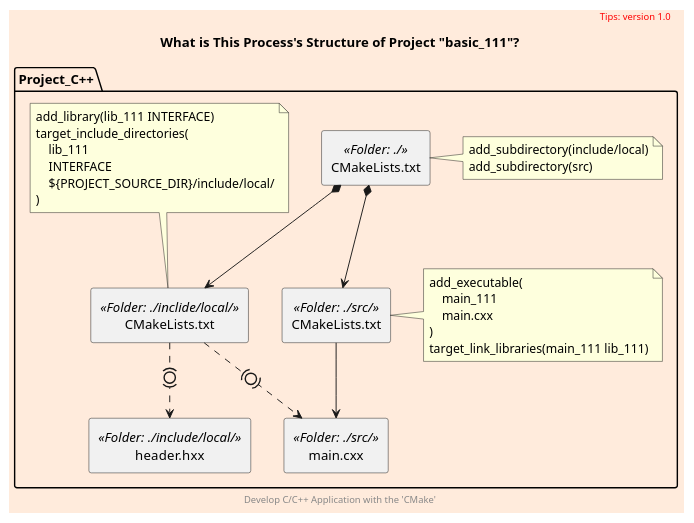
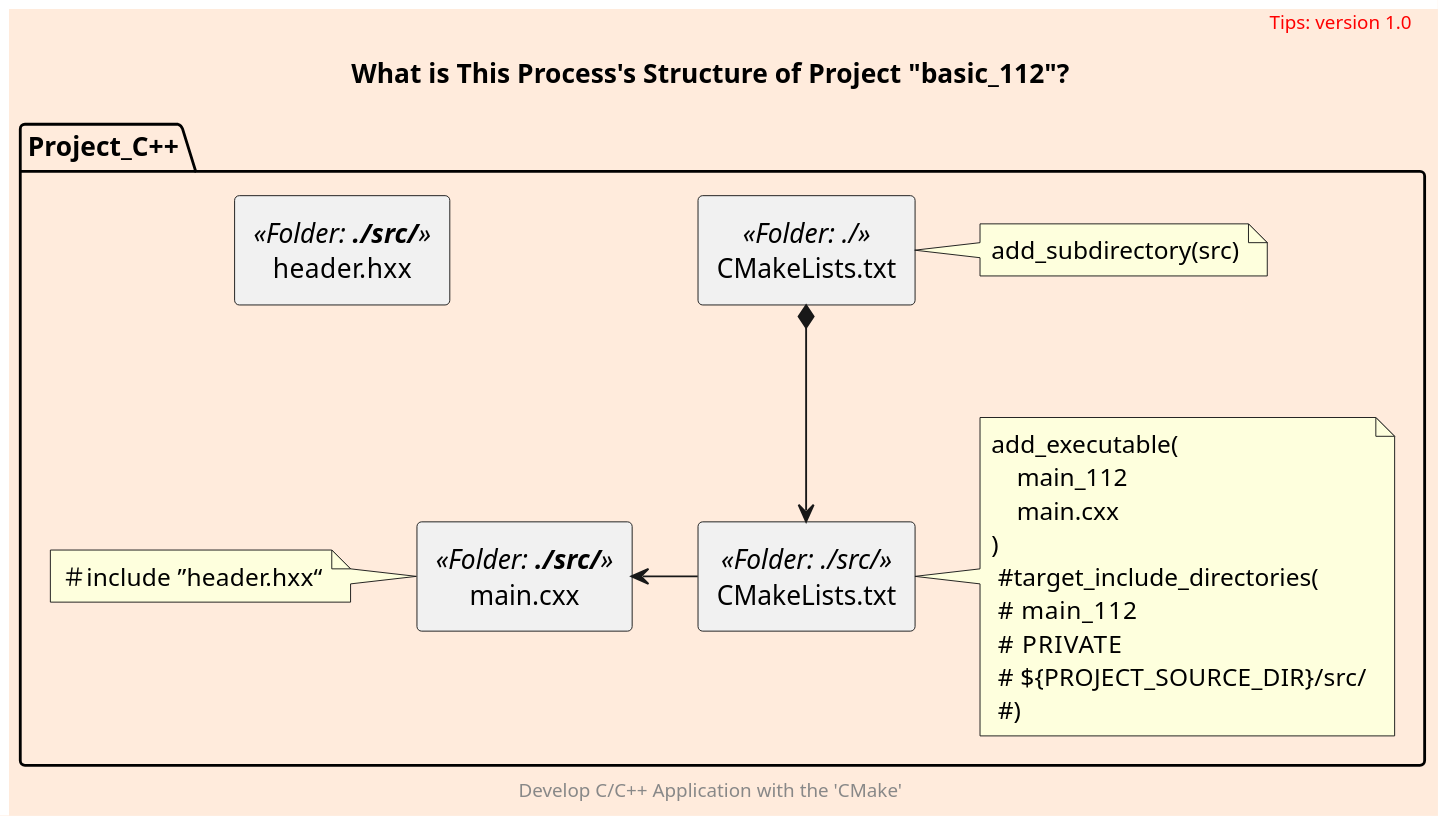
Before and after one commit to cnruby/w3h1_cmake: the diagram in docs/what-process.puml, drawn with PlantUML. The commit also changed 19 other files, not shown here.

```diff
--- a/docs/what-process.puml
+++ b/docs/what-process.puml
@@ -1,56 +1,45 @@
 @startuml
-scale 700 width
+scale 1200 width
 skinparam backgroundColor #FFEBDC
-scale 1
+scale 2
 
 package Project_C++ as project {
-    rectangle header.hxx <<Folder: ./include/local/>> as header
-    rectangle main.cxx <<Folder: ./src/>> as main
+    rectangle header.hxx <<Folder: **./src/**>> as header_hxx
+    rectangle main.cxx <<Folder: **./src/**>> as main
     rectangle CMakeLists.txt <<Folder: ./>> as begin
     rectangle CMakeLists.txt <<Folder: ./src/>> as src_list
-    rectangle CMakeLists.txt <<Folder: ./inclide/local/>> as local_list
-    'rectangle main_cxx.o <<Binary File>> as o_file
 
     note right of begin
-        add_subdirectory(include/local)
         add_subdirectory(src)
     endnote
-    note top of local_list
-        add_library(lib_111 INTERFACE)
-        target_include_directories(
-            lib_111
-            INTERFACE
-            ${PROJECT_SOURCE_DIR}/include/local/
-        )
+    note left of main
+        ＃include ”header.hxx“
     endnote
     note right of src_list
         add_executable(
-            main_111
+            main_112
             main.cxx
         )
-        target_link_libraries(main_111 lib_111)
+         #target_include_directories(
+         #  main_112
+         #  PRIVATE
+         #  ${PROJECT_SOURCE_DIR}/src/
+         #)
     endnote
-    'note bottom of main
-    '    ＃include “<header.hxx>”
-    'endnote
 }
 
 begin *--> src_list
-begin *--> local_list
-src_list --> main
-'src_list --> o_file
-'local_list --> o_file
-local_list .(0).> main
-local_list .(0).> header
+src_list -left-> main
+'lib_list -left-> header_hxx
 
 title
-    What is This Process's Structure of Project "basic_111"?
+    What is This Process's Structure of Project "basic_112"?
 end title
 
 header
 <font color=red>Tips: version 1.0</font>
 endheader
 
 center footer Develop C/C++ Application with the 'CMake'
 
 @enduml
```
